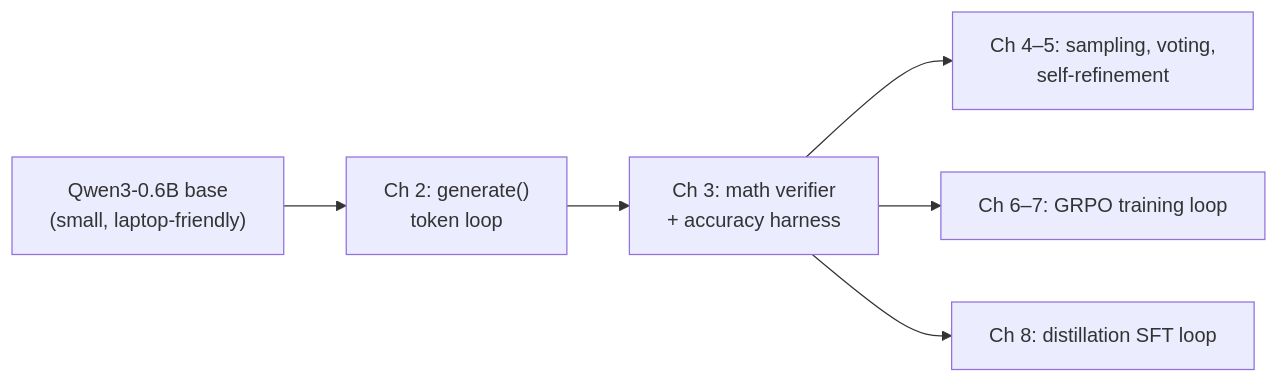
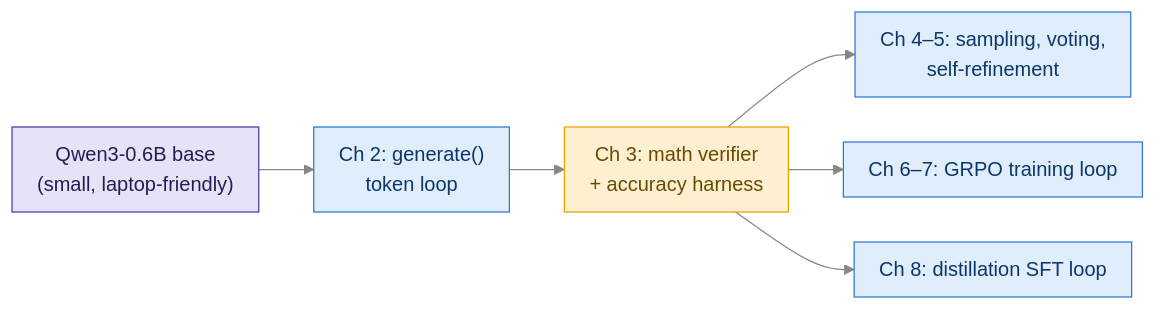
The sixth of 6 diagrams in study_guide/ch01_understanding_reasoning_models.md (sudhanshu-shivam-dev/reasoning_model_from_scratch), drawn with Mermaid before and after one commit. The commit also changed other lines of this file and 14 other files, not shown here.

First line of the commit message:
Restyle all 54 diagrams: consistent palette, semantic colors, better spacing

````diff
--- a/study_guide/ch01_understanding_reasoning_models.md
+++ b/study_guide/ch01_understanding_reasoning_models.md
@@ -180,8 +197,13 @@
 ```mermaid
+%%{init: {"theme":"base","themeVariables":{"primaryColor":"#e0edfb","primaryTextColor":"#0d366b","primaryBorderColor":"#2a78d6","lineColor":"#898781","textColor":"#52514e","edgeLabelBackground":"#f0efec","clusterBkg":"rgba(137,135,129,0.07)","clusterBorder":"#a9a7a0","titleColor":"#898781"},"flowchart":{"nodeSpacing":36,"rankSpacing":44,"curve":"basis","padding":10}}}%%
 flowchart LR
     M["Qwen3-0.6B base<br/>(small, laptop-friendly)"] --> G["Ch 2: generate()<br/>token loop"]
     G --> E["Ch 3: math verifier<br/>+ accuracy harness"]
     E --> I["Ch 4–5: sampling, voting,<br/>self-refinement"]
     E --> T["Ch 6–7: GRPO training loop"]
     E --> D["Ch 8: distillation SFT loop"]
+    classDef model fill:#e6e3f7,stroke:#4a3aa7,color:#251d54
+    classDef dec fill:#fdf0d1,stroke:#eda100,color:#6b4a00
+    class M model
+    class E dec
 ```
````
